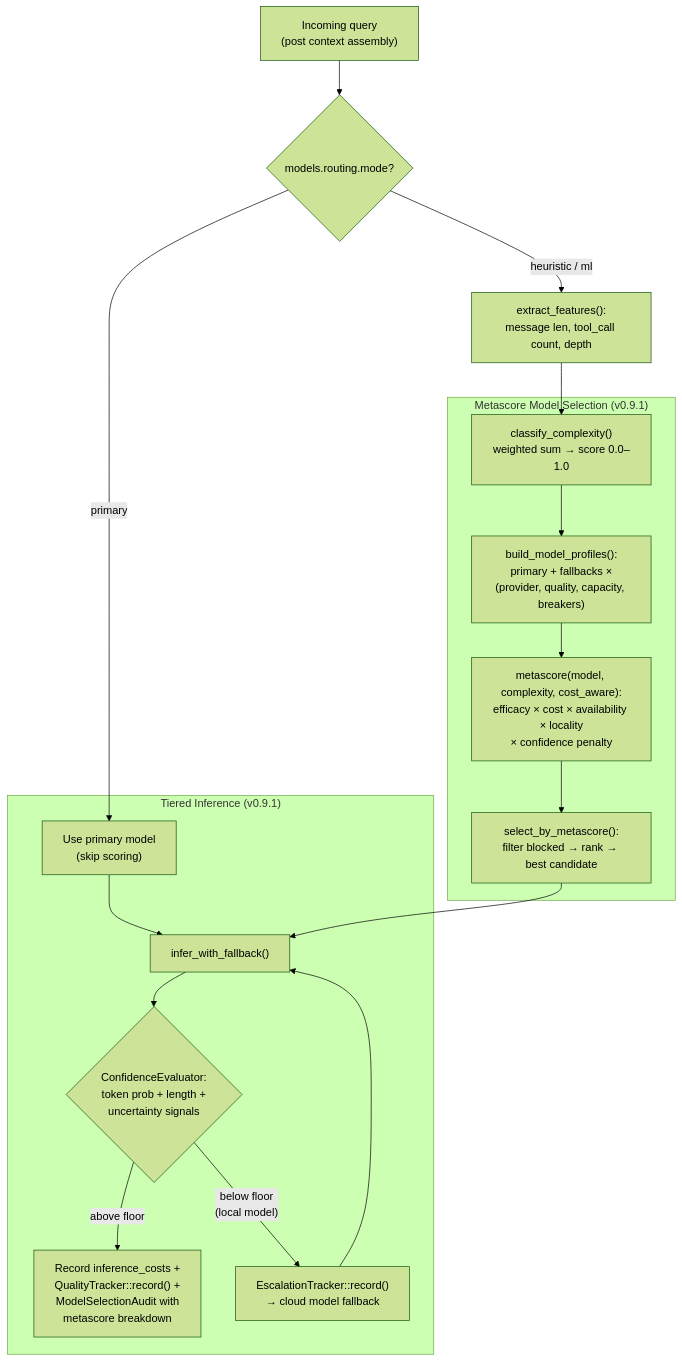
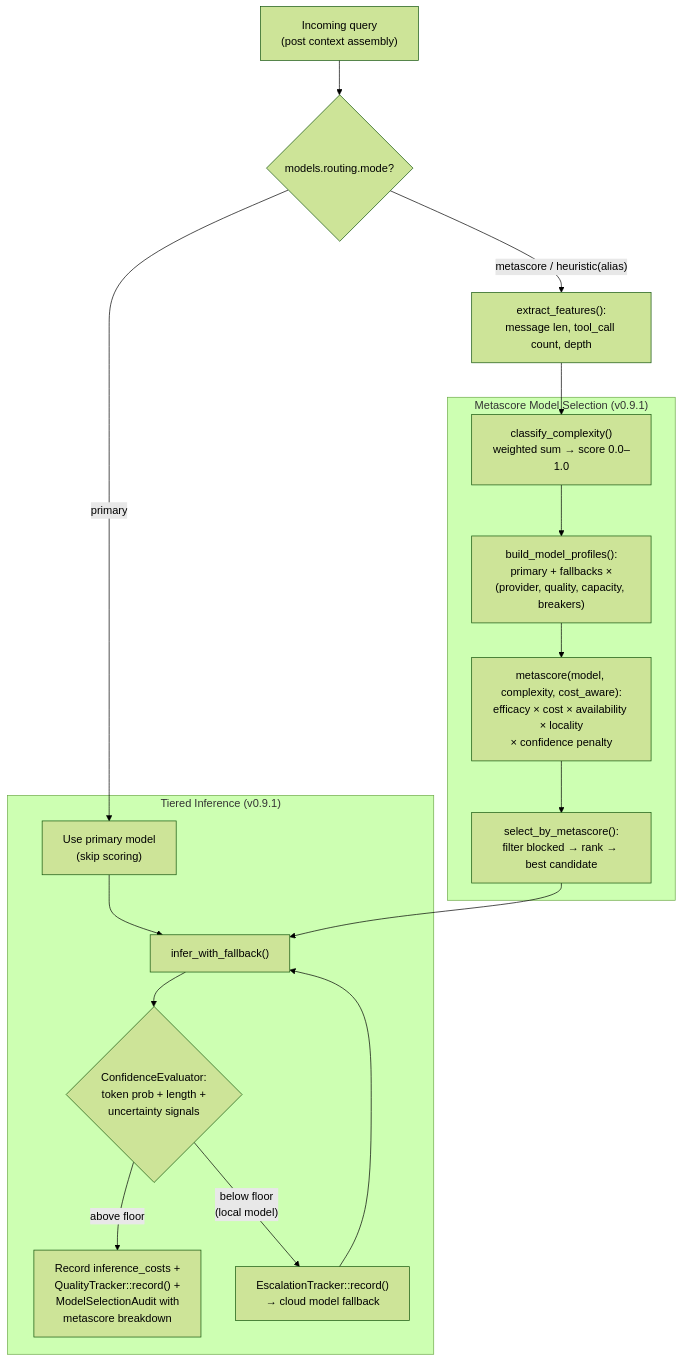
Before and after one commit to robot-accomplice/ironclad: the fifth of 26 diagrams in docs/architecture/ironclad-dataflow.md, drawn with Mermaid (forest theme). The commit also changed 103 other files, not shown here.

````diff
--- a/docs/architecture/ironclad-dataflow.md
+++ b/docs/architecture/ironclad-dataflow.md
@@ -212,26 +212,26 @@
 ```mermaid
 flowchart TD
     QUERY["Incoming query<br/>(post context assembly)"]
     QUERY --> MODE{"models.routing.mode?"}
 
     MODE -->|"primary"| DIRECT["Use primary model<br/>(skip scoring)"]
 
-    MODE -->|"heuristic / ml"| FEATURES["extract_features():<br/>message len, tool_call count, depth"]
+    MODE -->|"metascore / heuristic(alias)"| FEATURES["extract_features():<br/>message len, tool_call count, depth"]
     FEATURES --> CLASSIFY["classify_complexity()<br/>weighted sum → score 0.0–1.0"]
 
     subgraph MetascoreRouting["Metascore Model Selection (v0.9.1)"]
         CLASSIFY --> PROFILES["build_model_profiles():<br/>primary + fallbacks ×<br/>(provider, quality, capacity, breakers)"]
         PROFILES --> SCORE["metascore(model, complexity, cost_aware):<br/>efficacy × cost × availability × locality<br/>× confidence penalty"]
         SCORE --> SELECT["select_by_metascore():<br/>filter blocked → rank → best candidate"]
     end
 
     subgraph TieredInference["Tiered Inference (v0.9.1)"]
         DIRECT & SELECT --> INFER["infer_with_fallback()"]
         INFER --> CONFIDENCE{"ConfidenceEvaluator:<br/>token prob + length +<br/>uncertainty signals"}
         CONFIDENCE -->|"above floor"| RECORD
         CONFIDENCE -->|"below floor<br/>(local model)"| ESCALATE["EscalationTracker::record()<br/>→ cloud model fallback"]
         ESCALATE --> INFER
     end
 
     RECORD["Record inference_costs +<br/>QualityTracker::record() +<br/>ModelSelectionAudit with<br/>metascore breakdown"]
 ```
````
